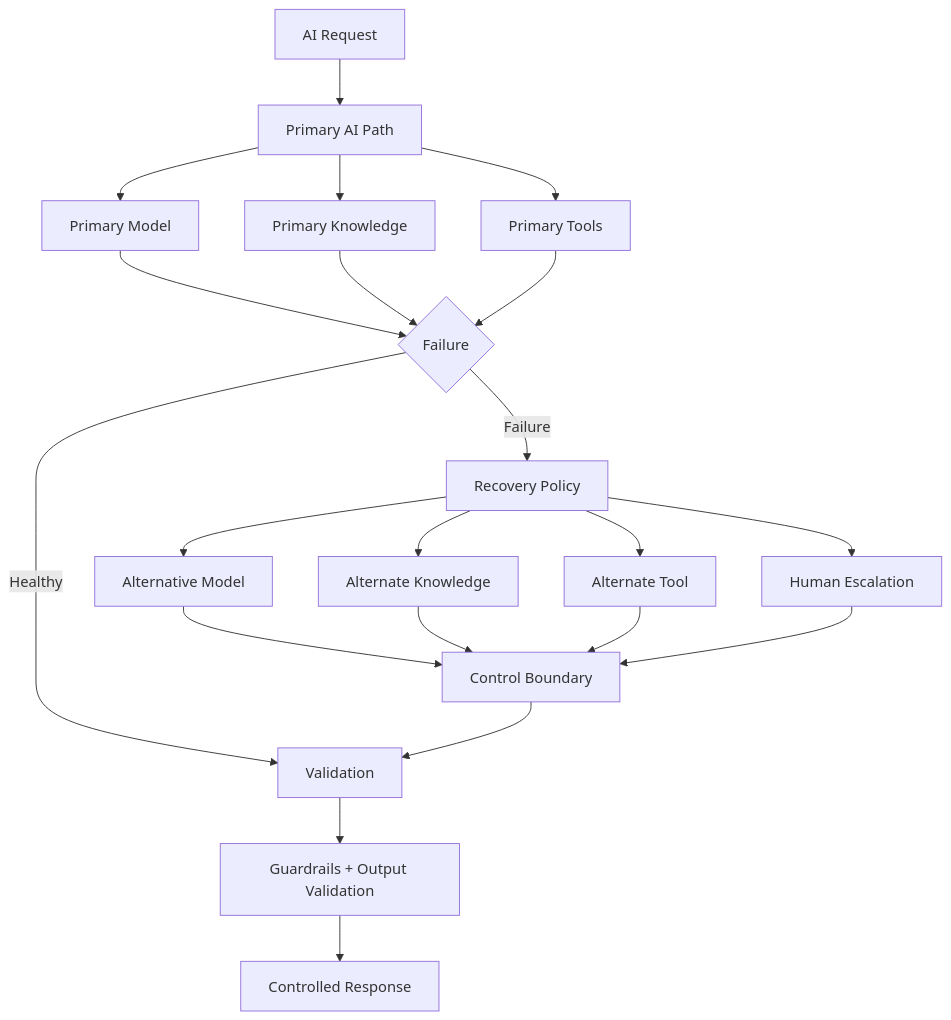
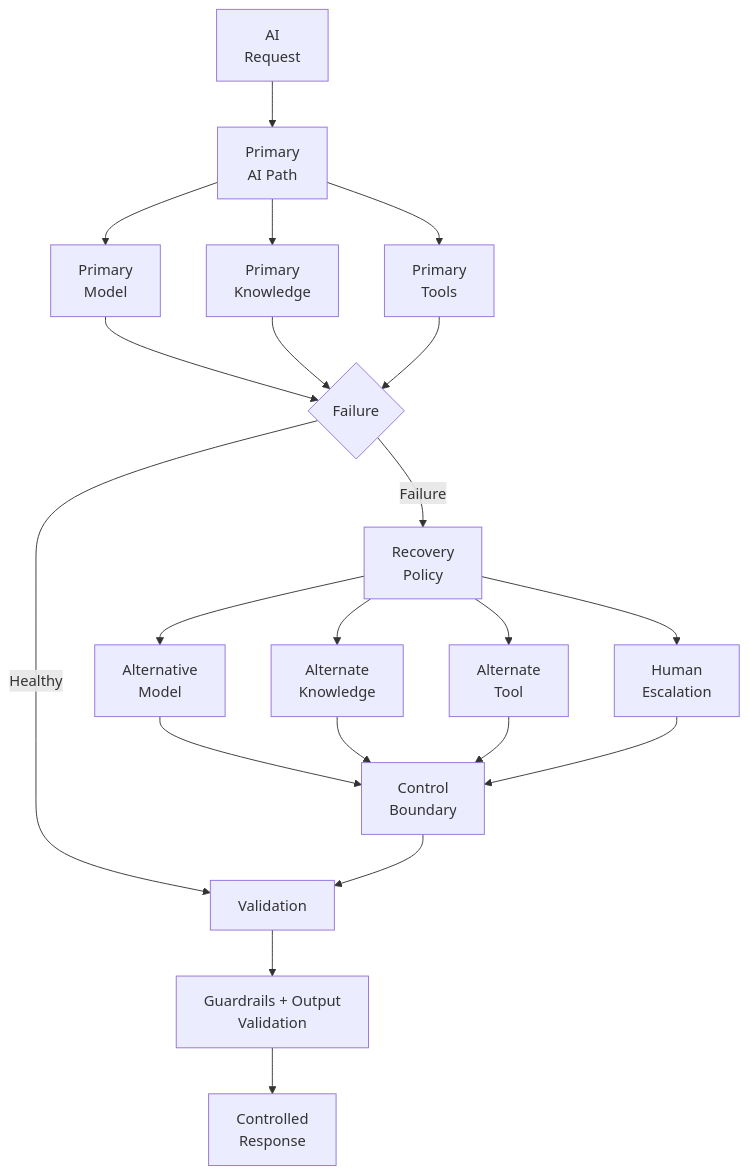
The second of 4 diagrams in docs/architecture-insights/genai-and-rag/2.1-designing-reliable-enterprise-ai-failure-fallback-control.md (MihirKJha/enterprise-ai-blog), drawn with Mermaid before and after one commit. The commit also changed other lines of this file, not shown here.

````diff
--- a/docs/architecture-insights/genai-and-rag/2.1-designing-reliable-enterprise-ai-failure-fallback-control.md
+++ b/docs/architecture-insights/genai-and-rag/2.1-designing-reliable-enterprise-ai-failure-fallback-control.md
@@ -192,23 +192,23 @@
 ```mermaid
 graph TD
-    R[AI Request] --> P[Primary AI Path]
-    P --> M[Primary Model]
-    P --> K[Primary Knowledge]
-    P --> T[Primary Tools]
+    R[AI<br/>Request] --> P[Primary<br/>AI Path]
+    P --> M[Primary<br/>Model]
+    P --> K[Primary<br/>Knowledge]
+    P --> T[Primary<br/>Tools]
     M --> F{Failure}
     K --> F
     T --> F
     F -->|Healthy| V[Validation]
-    F -->|Failure| D[Recovery Policy]
-    D --> M2[Alternative Model]
-    D --> K2[Alternate Knowledge]
-    D --> T2[Alternate Tool]
-    D --> H[Human Escalation]
-    M2 --> C[Control Boundary]
+    F -->|Failure| D[Recovery<br/>Policy]
+    D --> M2[Alternative<br/>Model]
+    D --> K2[Alternate<br/>Knowledge]
+    D --> T2[Alternate<br/>Tool]
+    D --> H[Human<br/>Escalation]
+    M2 --> C[Control<br/>Boundary]
     K2 --> C
     T2 --> C
     H --> C
     C --> V
-    V --> G[Guardrails + Output Validation]
-    G --> RESP[Controlled Response]
+    V --> G[Guardrails + Output<br/>Validation]
+    G --> RESP[Controlled<br/>Response]
 ```
````
